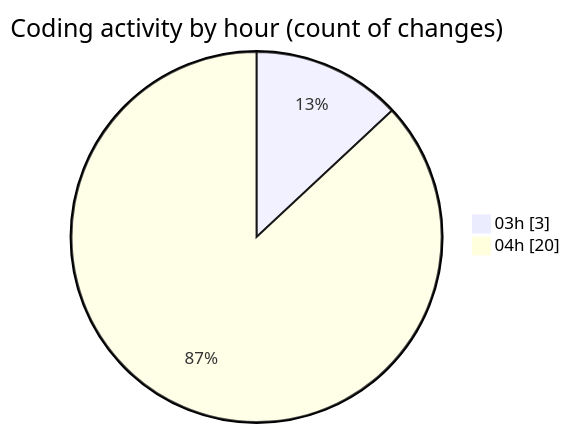
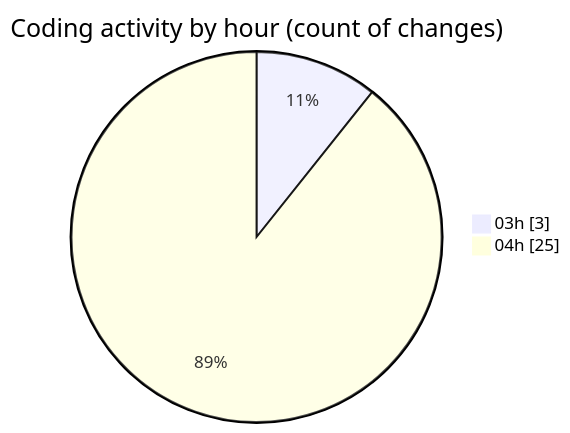
Before and after one commit to ernivani/code-tracking: the second of 2 diagrams in 2025-01-03/tinycms/README.md, drawn with Mermaid. The commit also changed other lines of this file and 2 other files, not shown here.

````diff
--- a/2025-01-03/tinycms/README.md
+++ b/2025-01-03/tinycms/README.md
@@ -39,6 +40,6 @@
 ```mermaid
 pie showData
 title Coding activity by hour (count of changes)
 "03h" : 3
-"04h" : 20
+"04h" : 25
 ```
````
